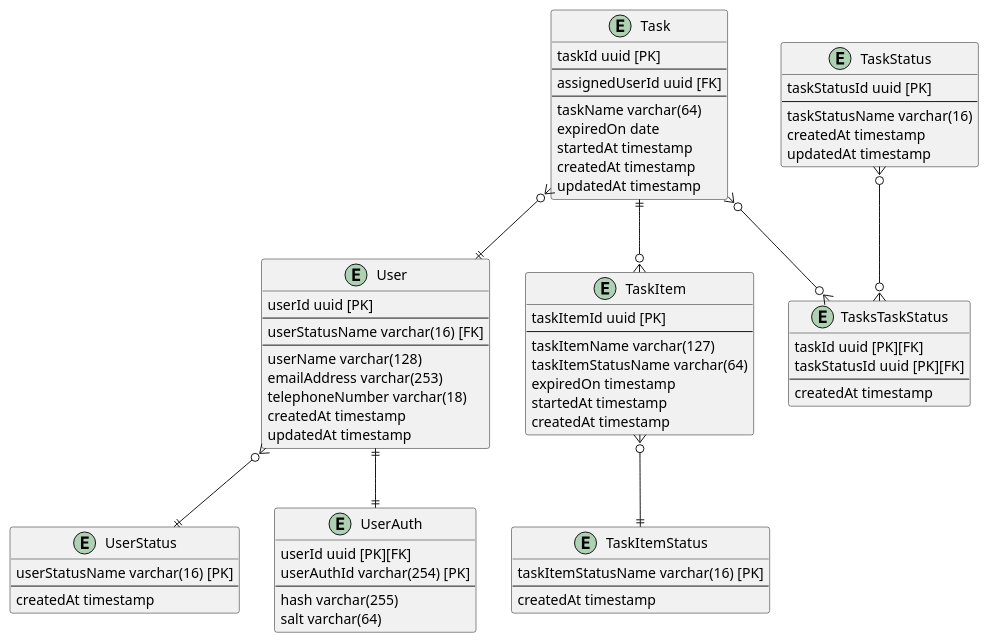
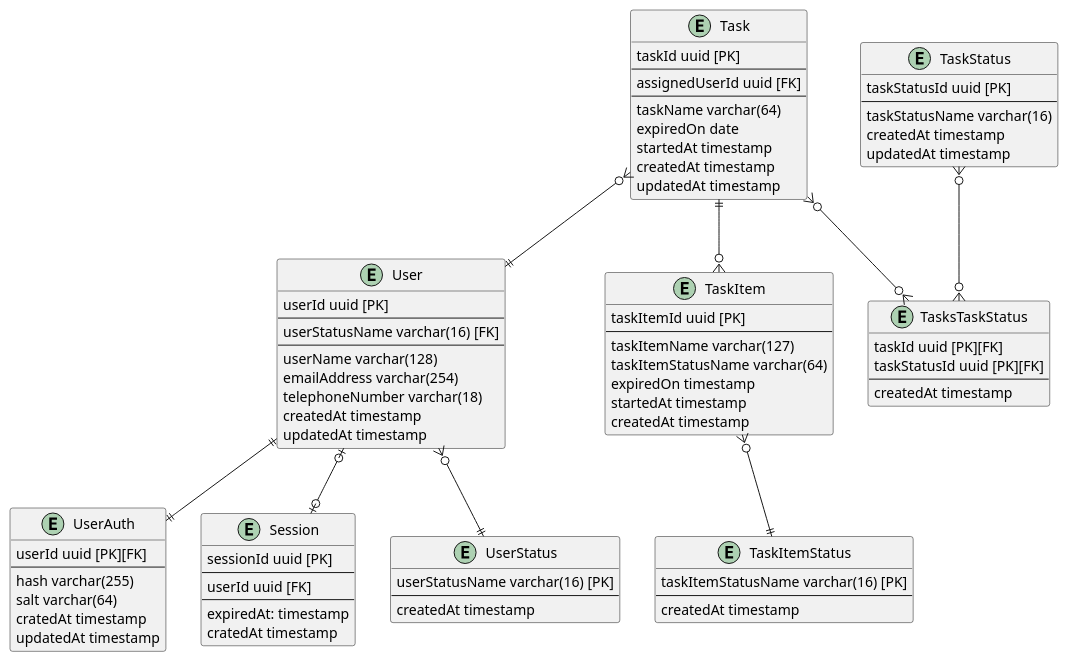
The diagram in doc/er.pu (akima1001/task-management), drawn with PlantUML before and after one commit. The commit also changed 1 other file, not shown here.

```diff
--- a/doc/er.pu
+++ b/doc/er.pu
@@ -1,81 +1,93 @@
 @startuml er
 ' timestamp = timestamp with time zone
 
 entity "Task" as t {
     taskId uuid [PK]
     --
     assignedUserId uuid [FK]
     --
     taskName varchar(64)
     expiredOn date
     startedAt timestamp
     createdAt timestamp
     updatedAt timestamp
 }
 
 entity "User" as u {
     userId uuid [PK]
     --
     userStatusName varchar(16) [FK]
     --
     userName varchar(128)
-    emailAddress varchar(253)
+    emailAddress varchar(254)
     telephoneNumber varchar(18)
     createdAt timestamp
     updatedAt timestamp
+}
+
+entity "UserAuth" as u_a {
+    userId uuid [PK][FK]
+    ---
+    hash varchar(255)
+    salt varchar(64)
+    cratedAt timestamp
+    updatedAt timestamp
+}
+
+entity "Session" as s {
+    sessionId uuid [PK]
+    ---
+    userId uuid [FK]
+    ---
+    expiredAt: timestamp
+    cratedAt timestamp
 }
 
 entity "UserStatus" as u_s {
     userStatusName varchar(16) [PK]
     --
     createdAt timestamp
 }
 
-entity "UserAuth" as u_a {
-    userId uuid [PK][FK]
-    userAuthId varchar(254) [PK]
-    ---
-    hash varchar(255)
-    salt varchar(64)
-}
 
 entity "TaskStatus" as t_s {
     taskStatusId uuid [PK]
     --
     taskStatusName varchar(16)
     createdAt timestamp
     updatedAt timestamp
 }
 
 entity "TasksTaskStatus" as t_t_s {
     taskId uuid [PK][FK]
     taskStatusId uuid [PK][FK]
     --
     createdAt timestamp
 }
 
 entity "TaskItem" as t_i {
     taskItemId uuid [PK]
     --
     taskItemName varchar(127)
     taskItemStatusName varchar(64)
     expiredOn timestamp
     startedAt timestamp
     createdAt timestamp
 }
 
 entity "TaskItemStatus" as t_i_s {
     taskItemStatusName varchar(16) [PK]
     --
     createdAt timestamp
 }
 
 u }o--|| u_s
-u ||--|| u_a 
+u ||--|| u_a
+u |o--o| s
 t }o--o{ t_t_s
 t ||--o{ t_i
 t }o--|| u
 t_s }o--o{ t_t_s
 t_i }o--|| t_i_s
 
 @enduml
```
